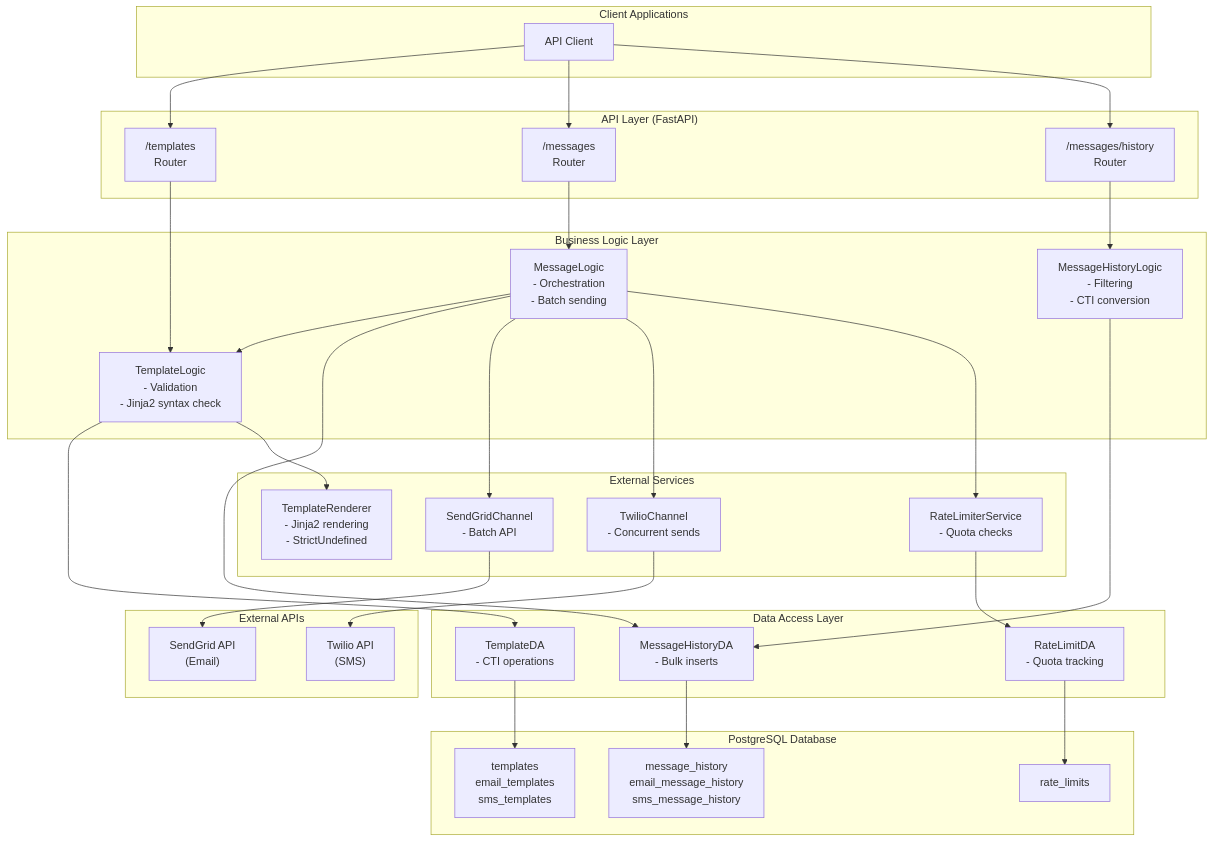
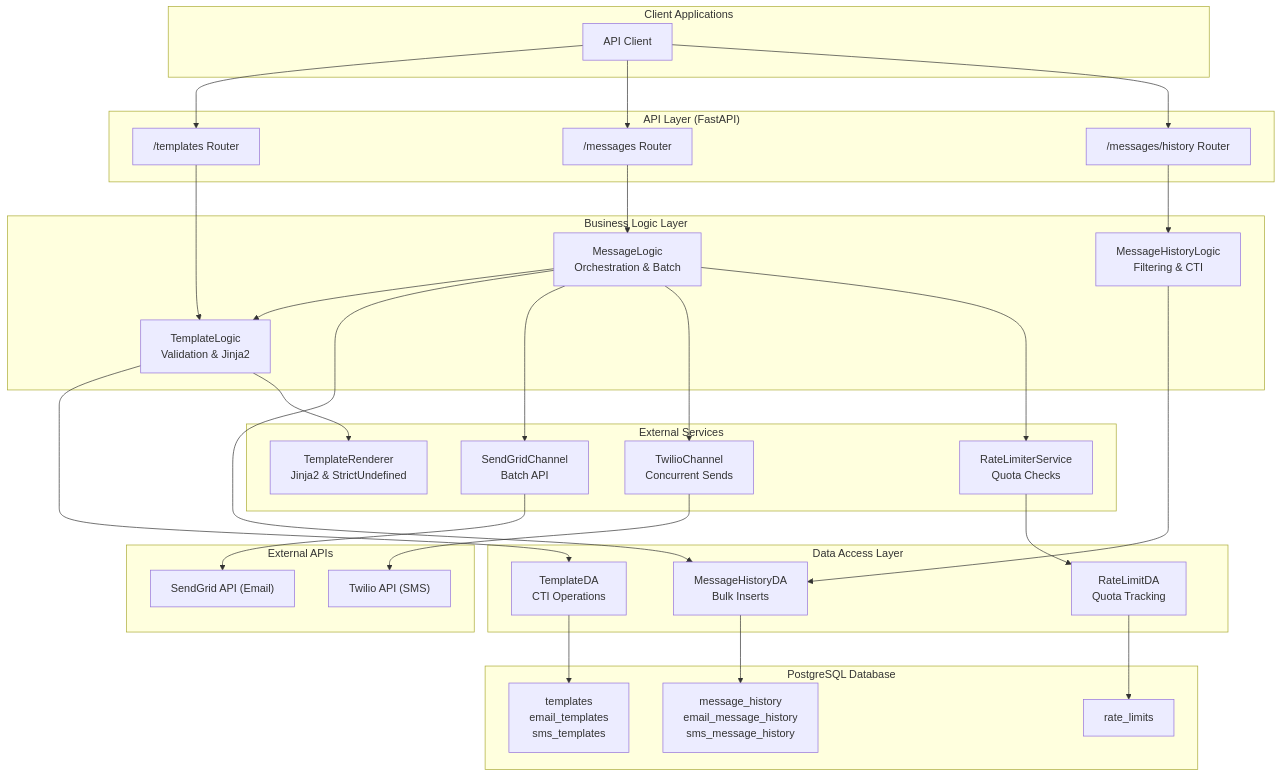
One commit to avivohayon/Communications-Templates-API changed the first of 4 diagrams in README.md. Above: the diagram before and after it, drawn with Mermaid. The commit also changed other lines of this file and 17 other files, not shown here.

````diff
--- a/README.md
+++ b/README.md
@@ -84,67 +84,67 @@
 ```mermaid
 graph TB
-    subgraph Client["Client Applications"]
-        API_Client["API Client"]
+    subgraph client["Client Applications"]
+        apiClient["API Client"]
     end
-    
-    subgraph API_Layer["API Layer (FastAPI)"]
-        Router_Template["/templates<br/>Router"]
-        Router_Message["/messages<br/>Router"]
-        Router_History["/messages/history<br/>Router"]
+
+    subgraph apiLayer["API Layer (FastAPI)"]
+        routerTemplate["/templates Router"]
+        routerMessage["/messages Router"]
+        routerHistory["/messages/history Router"]
     end
-    
-    subgraph Logic_Layer["Business Logic Layer"]
-        Template_Logic["TemplateLogic<br/>- Validation<br/>- Jinja2 syntax check"]
-        Message_Logic["MessageLogic<br/>- Orchestration<br/>- Batch sending"]
-        History_Logic["MessageHistoryLogic<br/>- Filtering<br/>- CTI conversion"]
+
+    subgraph logicLayer["Business Logic Layer"]
+        templateLogic["TemplateLogic<br/>Validation & Jinja2"]
+        messageLogic["MessageLogic<br/>Orchestration & Batch"]
+        historyLogic["MessageHistoryLogic<br/>Filtering & CTI"]
     end
-    
-    subgraph DA_Layer["Data Access Layer"]
-        Template_DA["TemplateDA<br/>- CTI operations"]
-        Message_DA["MessageHistoryDA<br/>- Bulk inserts"]
-        RateLimit_DA["RateLimitDA<br/>- Quota tracking"]
+
+    subgraph daLayer["Data Access Layer"]
+        templateDA["TemplateDA<br/>CTI Operations"]
+        messageDA["MessageHistoryDA<br/>Bulk Inserts"]
+        rateLimitDA["RateLimitDA<br/>Quota Tracking"]
     end
-    
-    subgraph Services["External Services"]
-        Template_Renderer["TemplateRenderer<br/>- Jinja2 rendering<br/>- StrictUndefined"]
-        SendGrid_Channel["SendGridChannel<br/>- Batch API"]
-        Twilio_Channel["TwilioChannel<br/>- Concurrent sends"]
-        RateLimiter["RateLimiterService<br/>- Quota checks"]
+
+    subgraph services["External Services"]
+        templateRenderer["TemplateRenderer<br/>Jinja2 & StrictUndefined"]
+        sendGridChannel["SendGridChannel<br/>Batch API"]
+        twilioChannel["TwilioChannel<br/>Concurrent Sends"]
+        rateLimiter["RateLimiterService<br/>Quota Checks"]
     end
-    
-    subgraph Database["PostgreSQL Database"]
-        Templates_Table["templates<br/>email_templates<br/>sms_templates"]
-        History_Table["message_history<br/>email_message_history<br/>sms_message_history"]
-        RateLimit_Table["rate_limits"]
+
+    subgraph database["PostgreSQL Database"]
+        templatesTable["templates<br/>email_templates<br/>sms_templates"]
+        historyTable["message_history<br/>email_message_history<br/>sms_message_history"]
+        rateLimitTable["rate_limits"]
     end
-    
-    subgraph External["External APIs"]
-        SendGrid_API["SendGrid API<br/>(Email)"]
-        Twilio_API["Twilio API<br/>(SMS)"]
+
+    subgraph external["External APIs"]
+        sendGridAPI["SendGrid API (Email)"]
+        twilioAPI["Twilio API (SMS)"]
     end
-    
-    API_Client --> Router_Template
-    API_Client --> Router_Message
-    API_Client --> Router_History
-    
-    Router_Template --> Template_Logic
-    Router_Message --> Message_Logic
-    Router_History --> History_Logic
-    
-    Template_Logic --> Template_DA
-    Template_Logic --> Template_Renderer
-    Message_Logic --> Template_Logic
-    Message_Logic --> Message_DA
-    Message_Logic --> SendGrid_Channel
-    Message_Logic --> Twilio_Channel
-    Message_Logic --> RateLimiter
-    History_Logic --> Message_DA
-    
-    Template_DA --> Templates_Table
-    Message_DA --> History_Table
-    RateLimit_DA --> RateLimit_Table
-    RateLimiter --> RateLimit_DA
-    
-    SendGrid_Channel --> SendGrid_API
-    Twilio_Channel --> Twilio_API
+
+    apiClient --> routerTemplate
+    apiClient --> routerMessage
+    apiClient --> routerHistory
+
+    routerTemplate --> templateLogic
+    routerMessage --> messageLogic
+    routerHistory --> historyLogic
+
+    templateLogic --> templateDA
+    templateLogic --> templateRenderer
+    messageLogic --> templateLogic
+    messageLogic --> messageDA
+    messageLogic --> sendGridChannel
+    messageLogic --> twilioChannel
+    messageLogic --> rateLimiter
+    historyLogic --> messageDA
+
+    templateDA --> templatesTable
+    messageDA --> historyTable
+    rateLimitDA --> rateLimitTable
+    rateLimiter --> rateLimitDA
+
+    sendGridChannel --> sendGridAPI
+    twilioChannel --> twilioAPI
 ```
````
